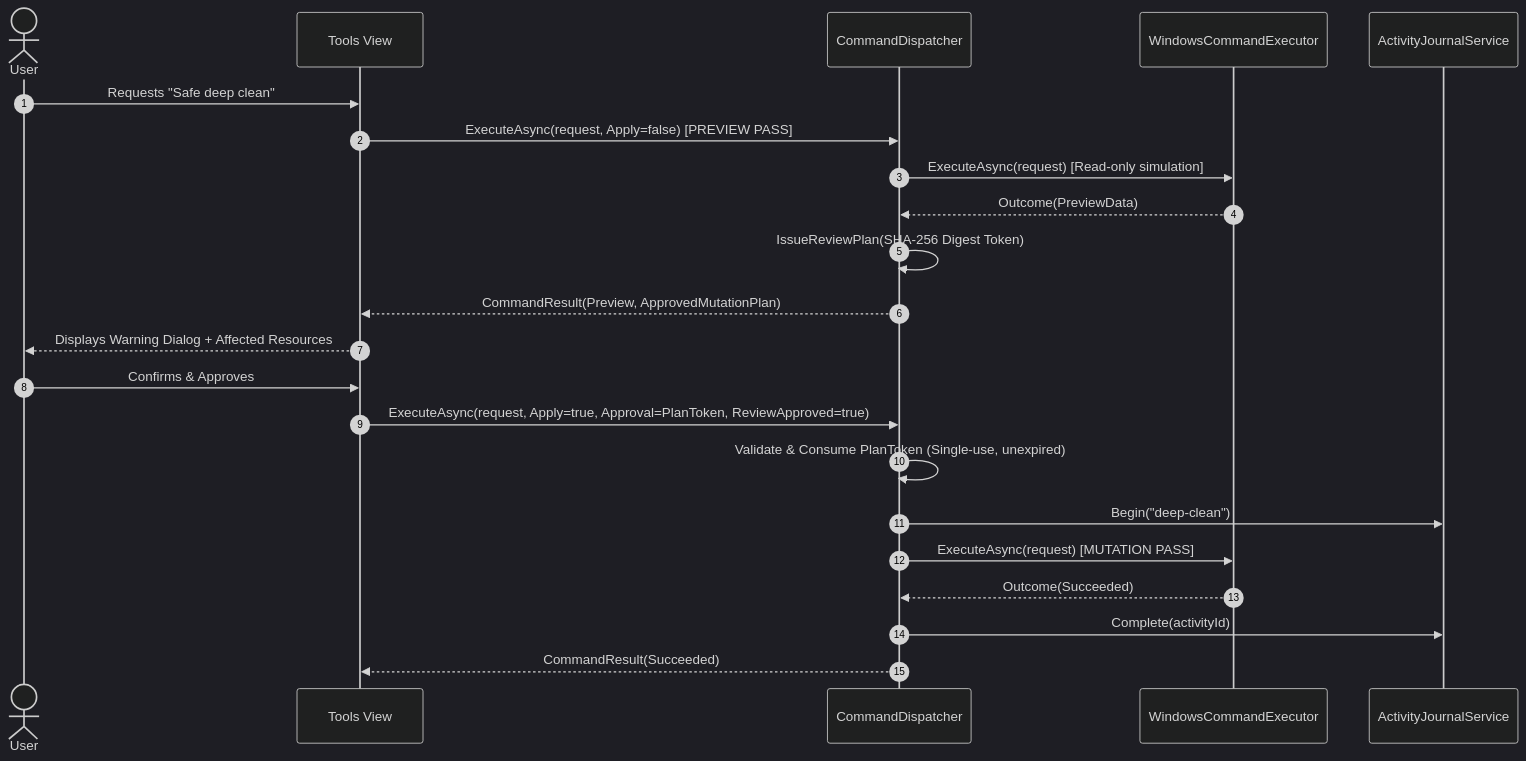
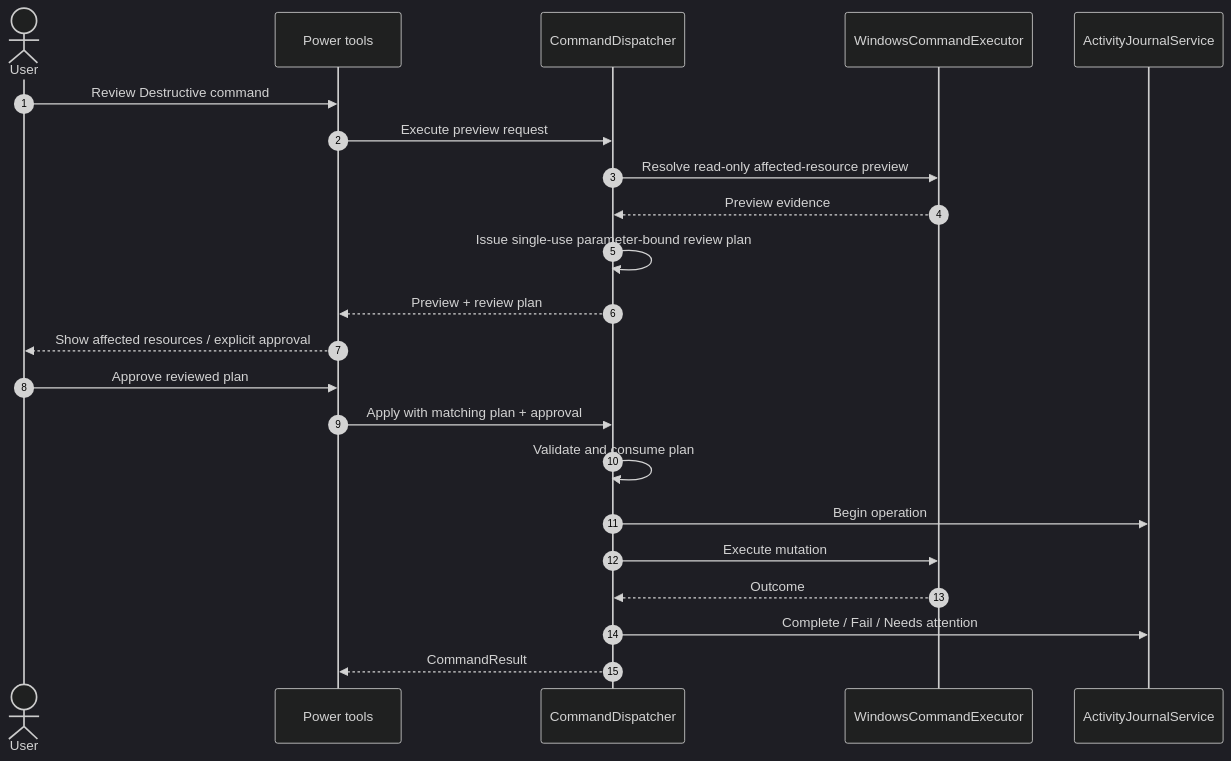
The seventh of 9 diagrams in docs/architecture/c4-model.md (AmirrezaFarnamTaheri/WinCare), drawn with Mermaid (dark theme) before and after one commit. The commit also changed other lines of this file and 86 other files, not shown here.

````diff
--- a/docs/architecture/c4-model.md
+++ b/docs/architecture/c4-model.md
@@ -134,25 +188,25 @@
 ```mermaid
 sequenceDiagram
     autonumber
     actor User
-    participant UI as Tools View
+    participant UI as Power tools
     participant Disp as CommandDispatcher
     participant Exec as WindowsCommandExecutor
     participant Jrnl as ActivityJournalService
 
-    User->>UI: Requests "Safe deep clean"
-    UI->>Disp: ExecuteAsync(request, Apply=false) [PREVIEW PASS]
-    Disp->>Exec: ExecuteAsync(request) [Read-only simulation]
-    Exec-->>Disp: Outcome(PreviewData)
-    Disp->>Disp: IssueReviewPlan(SHA-256 Digest Token)
-    Disp-->>UI: CommandResult(Preview, ApprovedMutationPlan)
-    UI-->>User: Displays Warning Dialog + Affected Resources
-    User->>UI: Confirms & Approves
-    UI->>Disp: ExecuteAsync(request, Apply=true, Approval=PlanToken, ReviewApproved=true)
-    Disp->>Disp: Validate & Consume PlanToken (Single-use, unexpired)
-    Disp->>Jrnl: Begin("deep-clean")
-    Disp->>Exec: ExecuteAsync(request) [MUTATION PASS]
-    Exec-->>Disp: Outcome(Succeeded)
-    Disp->>Jrnl: Complete(activityId)
-    Disp-->>UI: CommandResult(Succeeded)
+    User->>UI: Review Destructive command
+    UI->>Disp: Execute preview request
+    Disp->>Exec: Resolve read-only affected-resource preview
+    Exec-->>Disp: Preview evidence
+    Disp->>Disp: Issue single-use parameter-bound review plan
+    Disp-->>UI: Preview + review plan
+    UI-->>User: Show affected resources / explicit approval
+    User->>UI: Approve reviewed plan
+    UI->>Disp: Apply with matching plan + approval
+    Disp->>Disp: Validate and consume plan
+    Disp->>Jrnl: Begin operation
+    Disp->>Exec: Execute mutation
+    Exec-->>Disp: Outcome
+    Disp->>Jrnl: Complete / Fail / Needs attention
+    Disp-->>UI: CommandResult
 ```
````
